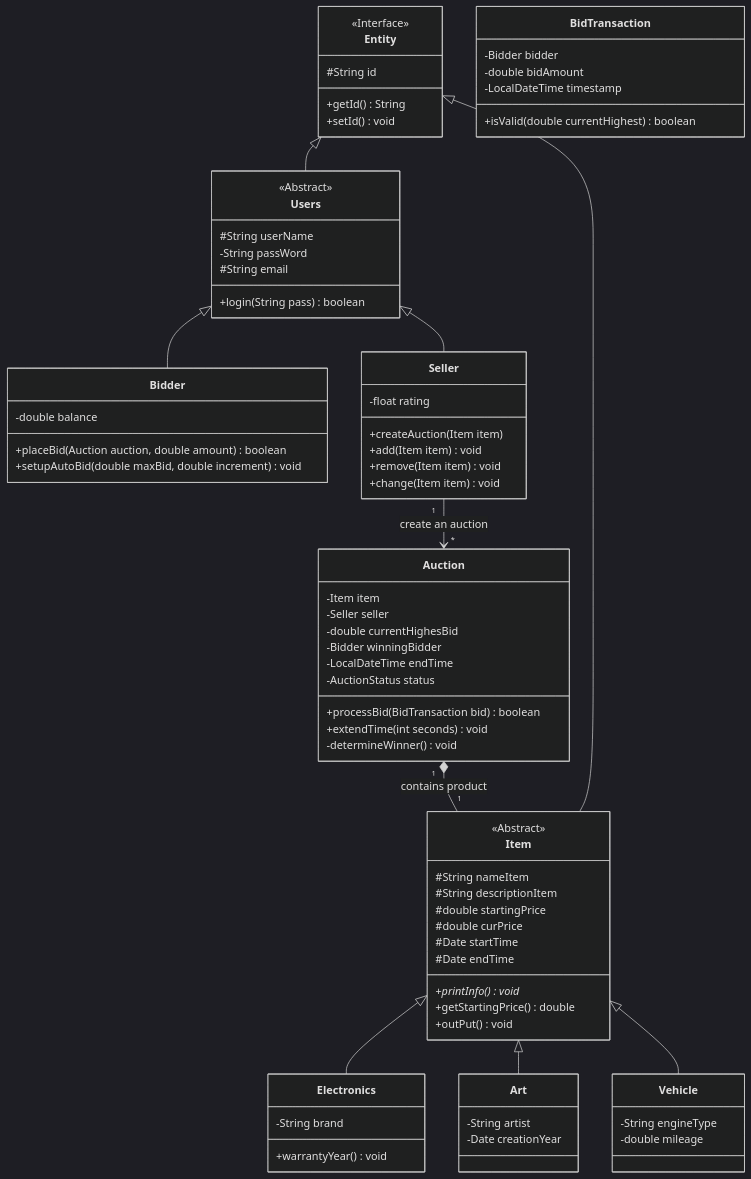
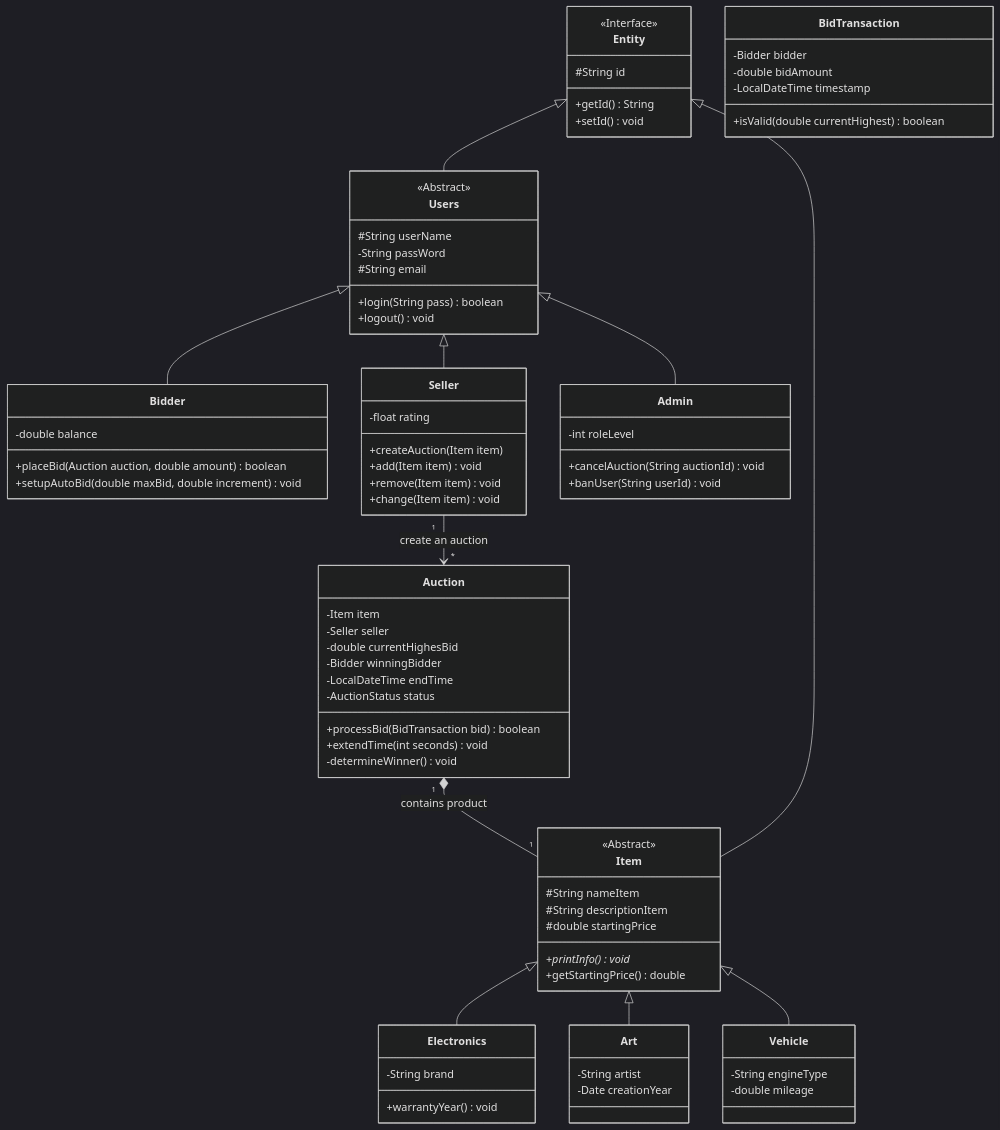
Before and after one commit to kaiki0201a/Online-Auction-System-Project: the diagram in README.md, drawn with Mermaid (dark theme).

Commit message:
30/03/2026 thêm phần admin và chỉnh sửa lại sơ đồ

````diff
--- a/README.md
+++ b/README.md
@@ -13,13 +13,8 @@
 		#String nameItem
 		#String descriptionItem
 		#double startingPrice
-		#double curPrice
-		#Date startTime
-		#Date endTime
 		+printInfo()* void
 		+getStartingPrice() double
-		%% Ket thuc dau gia
-		+outPut() void
 	}
 	class Electronics{
 		-String brand
@@ -41,6 +36,7 @@
 		-String passWord
 		#String email
 		+login(String pass) boolean
+		+logout() void
 	}
 	class Bidder{
 		-double balance
@@ -59,6 +55,11 @@
 		+add(Item item) void
 		+remove(Item item) void
 		+change(Item item) void
+	}
+	class Admin{
+		-int roleLevel
+		+cancelAuction(String auctionId) void
+		+banUser(String userId) void
 	}
 	
 	%% Business Logic
@@ -91,11 +92,14 @@
 	
 	Users <|-- Bidder
 	Users <|-- Seller
+	Users <|-- Admin
 	
 	Item <|-- Electronics
 	Item <|-- Art
 	Item <|-- Vehicle
 	
+	%% Moi quan he ket hop
 	Seller "1" --> "*" Auction: create an auction
+	%% Moi quan he cau thanh
 	Auction "1" *-- "1" Item: contains product
 ```
````
